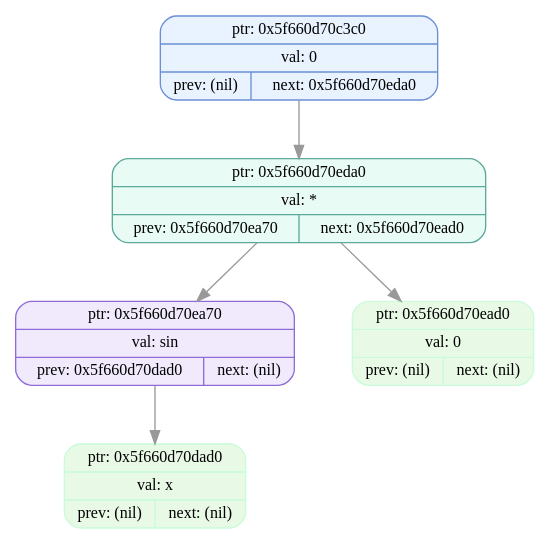
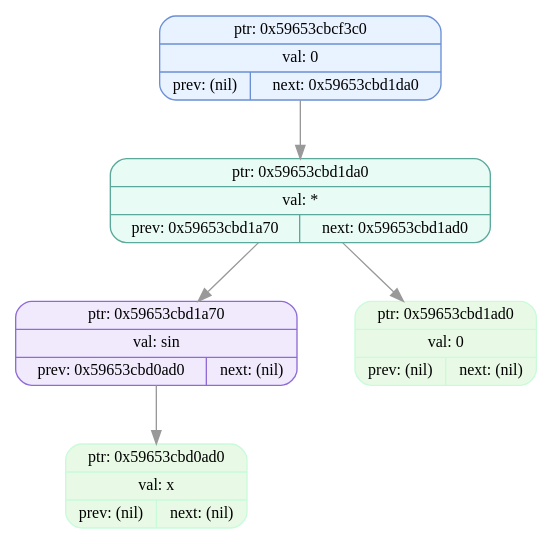
One commit to EvilTomato9890/Difference changed the diagram in dumps/tree_dump_007.dot. Above: the diagram before and after it, drawn with Graphviz. The commit also changed 39 other files, not shown here.

```diff
--- a/dumps/tree_dump_007.dot
+++ b/dumps/tree_dump_007.dot
@@ -1,13 +1,13 @@
 digraph T{
   node [fontname="Fira Mono",shape=record,style="filled,rounded",fontsize=12];
   graph [splines=true, nodesep=0.6, ranksep=0.6];
-  node_0x5f660d70c3c0[shape=record,label="{ {ptr: 0x5f660d70c3c0} | {val: 0} | { prev: (nil) | next: 0x5f660d70eda0 } }",color="#6b8fd6",fillcolor="#e9f2ff"];
-  node_0x5f660d70eda0[shape=record,label="{ {ptr: 0x5f660d70eda0} | {val: *} | { prev: 0x5f660d70ea70 | next: 0x5f660d70ead0 } }",color="#5aa99b",fillcolor="#e9fbf5"];
-  node_0x5f660d70ea70[shape=record,label="{ {ptr: 0x5f660d70ea70} | {val: sin} | { prev: 0x5f660d70dad0 | next: (nil) } }",color="#8e6bd6",fillcolor="#f1eafd"];
-  node_0x5f660d70dad0[shape=record,label="{ {ptr: 0x5f660d70dad0} | {val: x} | { prev: (nil) | next: (nil) } }",color="#c9fbdbff",fillcolor="#e8f9e5ff"];
-  node_0x5f660d70ead0[shape=record,label="{ {ptr: 0x5f660d70ead0} | {val: 0} | { prev: (nil) | next: (nil) } }",color="#c9fbdbff",fillcolor="#e8f9e5ff"];
-  node_0x5f660d70c3c0 -> node_0x5f660d70eda0 [color="#999999"];
-  node_0x5f660d70eda0 -> node_0x5f660d70ea70 [color="#999999"];
-  node_0x5f660d70eda0 -> node_0x5f660d70ead0 [color="#999999"];
-  node_0x5f660d70ea70 -> node_0x5f660d70dad0 [color="#999999"];
+  node_0x59653cbcf3c0[shape=record,label="{ {ptr: 0x59653cbcf3c0} | {val: 0} | { prev: (nil) | next: 0x59653cbd1da0 } }",color="#6b8fd6",fillcolor="#e9f2ff"];
+  node_0x59653cbd1da0[shape=record,label="{ {ptr: 0x59653cbd1da0} | {val: *} | { prev: 0x59653cbd1a70 | next: 0x59653cbd1ad0 } }",color="#5aa99b",fillcolor="#e9fbf5"];
+  node_0x59653cbd1a70[shape=record,label="{ {ptr: 0x59653cbd1a70} | {val: sin} | { prev: 0x59653cbd0ad0 | next: (nil) } }",color="#8e6bd6",fillcolor="#f1eafd"];
+  node_0x59653cbd0ad0[shape=record,label="{ {ptr: 0x59653cbd0ad0} | {val: x} | { prev: (nil) | next: (nil) } }",color="#c9fbdbff",fillcolor="#e8f9e5ff"];
+  node_0x59653cbd1ad0[shape=record,label="{ {ptr: 0x59653cbd1ad0} | {val: 0} | { prev: (nil) | next: (nil) } }",color="#c9fbdbff",fillcolor="#e8f9e5ff"];
+  node_0x59653cbcf3c0 -> node_0x59653cbd1da0 [color="#999999"];
+  node_0x59653cbd1da0 -> node_0x59653cbd1a70 [color="#999999"];
+  node_0x59653cbd1da0 -> node_0x59653cbd1ad0 [color="#999999"];
+  node_0x59653cbd1a70 -> node_0x59653cbd0ad0 [color="#999999"];
 }
```
